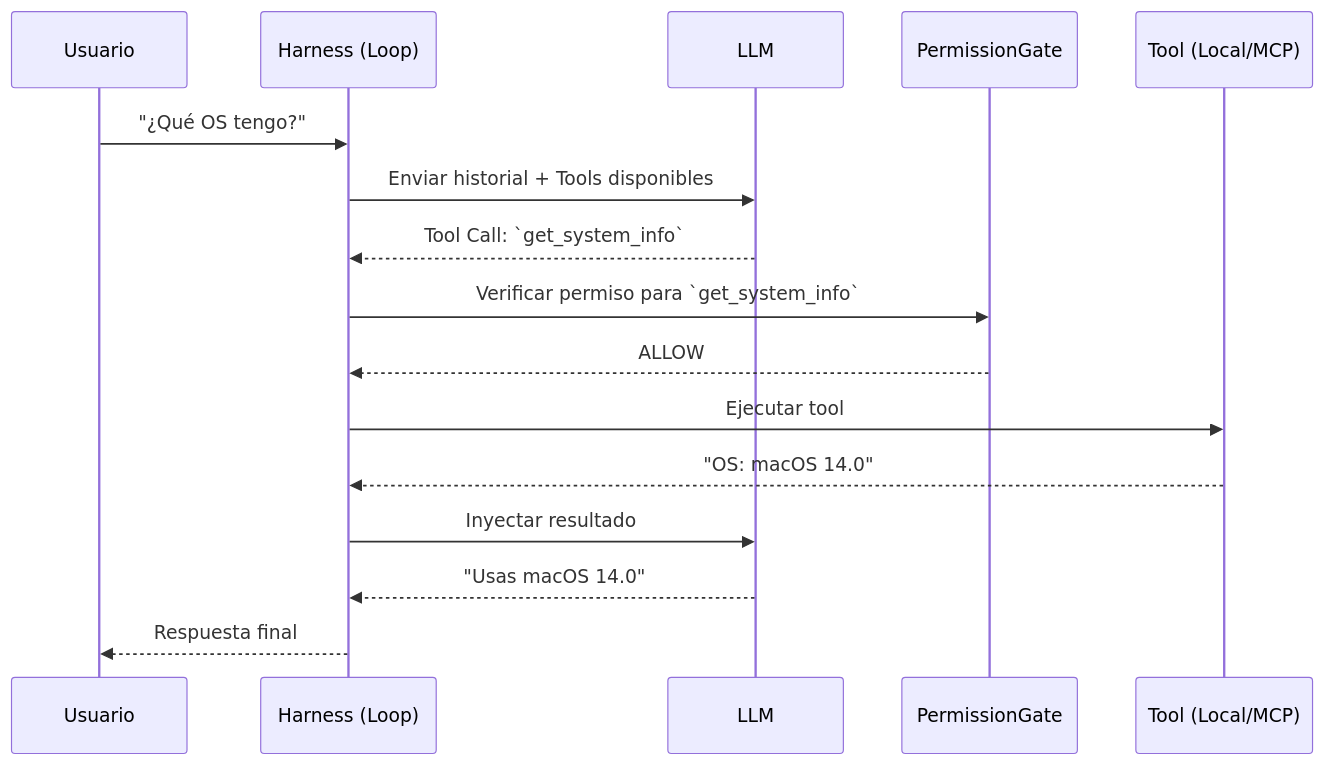
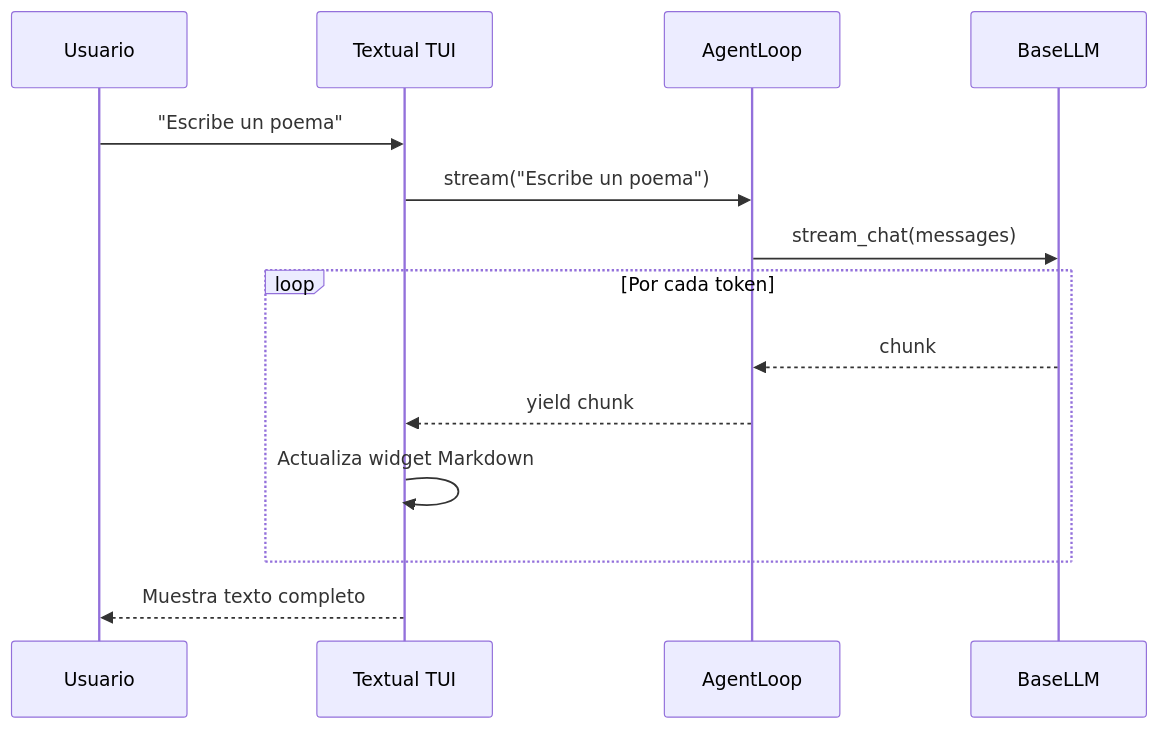
The second of 2 diagrams in PRODUCT_BLUEPRINT/01_DESIGN_SYSTEM/01_arquitectura.md (enriquehernandez/agent-harness), drawn with Mermaid before and after one commit. The commit also changed other lines of this file and 48 other files, not shown here.

````diff
--- a/PRODUCT_BLUEPRINT/01_DESIGN_SYSTEM/01_arquitectura.md
+++ b/PRODUCT_BLUEPRINT/01_DESIGN_SYSTEM/01_arquitectura.md
@@ -32,19 +38,19 @@
 ```mermaid
 sequenceDiagram
     participant U as Usuario
-    participant H as Harness (Loop)
-    participant L as LLM
-    participant G as PermissionGate
-    participant T as Tool (Local/MCP)
+    participant T as Textual TUI
+    participant L as AgentLoop
+    participant LLM as BaseLLM
 
-    U->>H: "¿Qué OS tengo?"
-    H->>L: Enviar historial + Tools disponibles
-    L-->>H: Tool Call: `get_system_info`
-    H->>G: Verificar permiso para `get_system_info`
-    G-->>H: ALLOW
-    H->>T: Ejecutar tool
-    T-->>H: "OS: macOS 14.0"
-    H->>L: Inyectar resultado
-    L-->>H: "Usas macOS 14.0"
-    H-->>U: Respuesta final
+    U->>T: "Escribe un poema"
+    T->>L: stream("Escribe un poema")
+    L->>LLM: stream_chat(messages)
+    
+    loop Por cada token
+        LLM-->>L: chunk
+        L-->>T: yield chunk
+        T->>T: Actualiza widget Markdown
+    end
+    
+    T-->>U: Muestra texto completo
 ```
````
